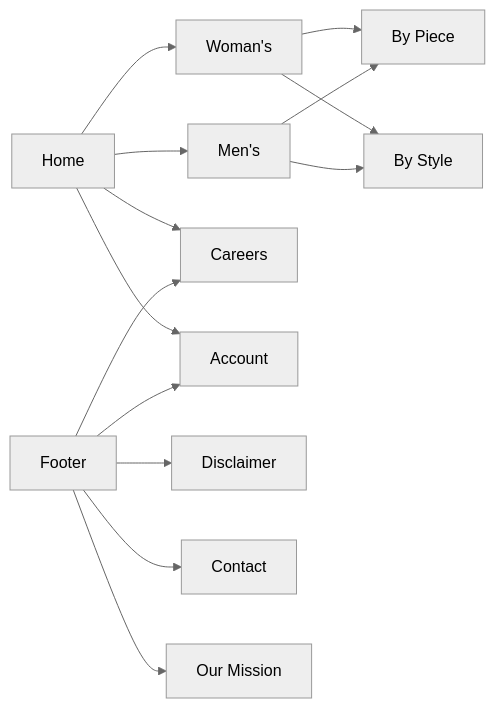
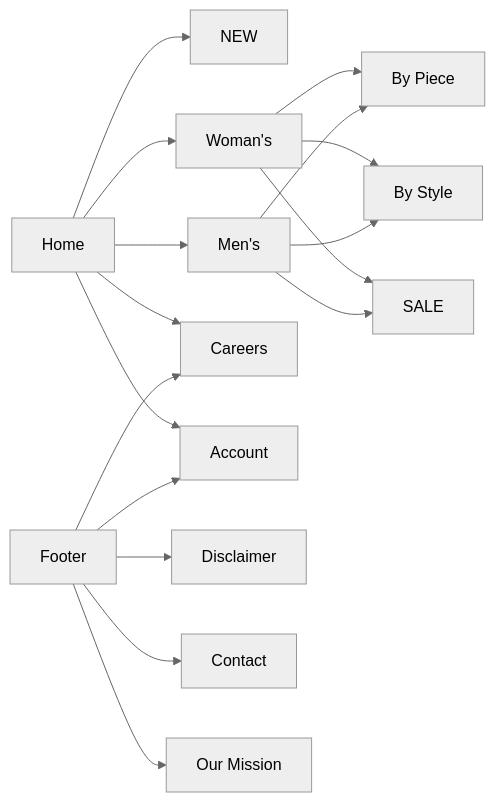
One commit to allinaxprof/IntroToWebDevF26 changed the diagram in Week05/Hw/proposal.md. Above: the diagram before and after it, drawn with Mermaid (neutral theme).

Commit message:
add: more pages to wireframe

````diff
--- a/Week05/Hw/proposal.md
+++ b/Week05/Hw/proposal.md
@@ -54,19 +54,22 @@
 ```mermaid
 graph LR
+    Home --> NEW["NEW"]
     Home --> WOM["Woman's"]
     Home --> MAN["Men's"]
     Home --> CAR["My Cart"]
     Home --> ACC["Account"]
 
     WOM --> PIE["By Piece"]
     WOM --> STY["By Style"]
+    WOM --> SAL["SALE"]
     MAN --> PIE["By Piece"]
     MAN --> STY["By Style"]
+    MAN --> SAL
 
     Footer --> DIS["Disclaimer"]
     Footer --> CON["Contact"]
     Footer --> OUR["Our Mission"]
     Footer --> CAR["Careers"]
     Footer --> ACC
 
 ```
````
